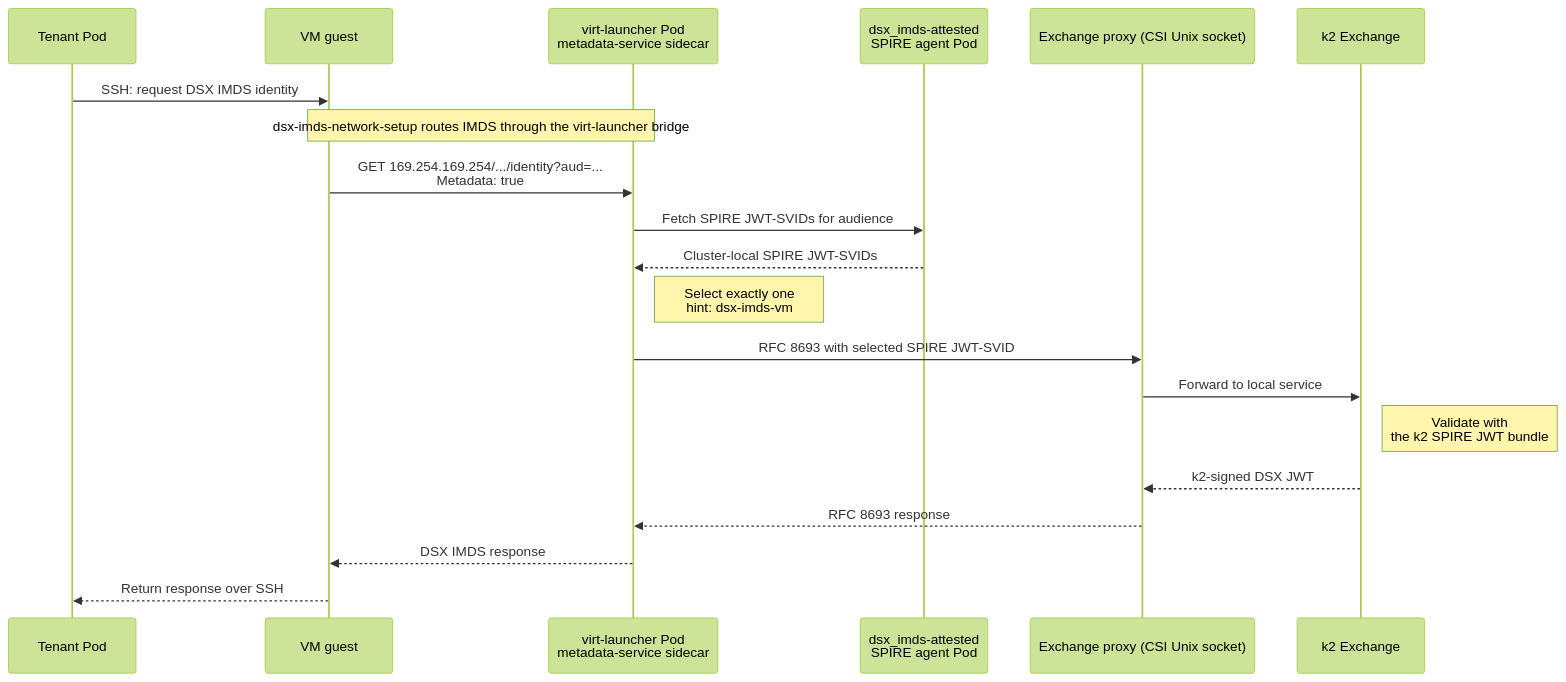
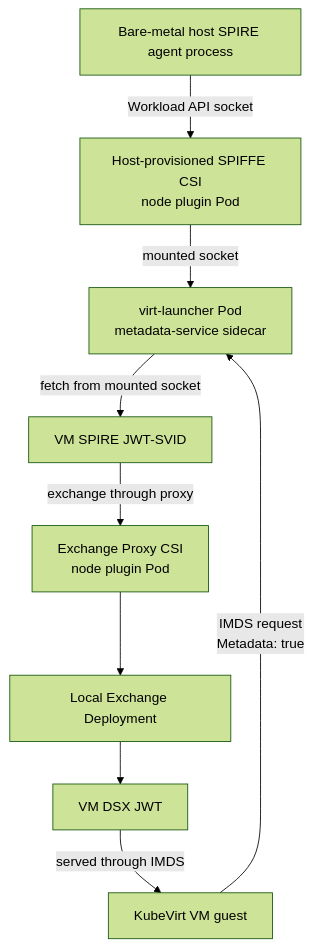
Before and after one commit to dsx-ai-factory/nvidia-workload-identity: the sixth of 9 diagrams in README.md, drawn with Mermaid (forest theme). The commit also changed other lines of this file and 34 other files, not shown here.

````diff
--- a/README.md
+++ b/README.md
@@ -245,23 +297,20 @@
 ```mermaid
-sequenceDiagram
-  participant Client as Tenant Pod
-  participant VM as VM guest
-  participant Metadata as virt-launcher Pod<br/>metadata-service sidecar
-  participant Agent as dsx_imds-attested<br/>SPIRE agent Pod
-  participant Proxy as Exchange proxy (CSI Unix socket)
-  participant Exchange as k2 Exchange
+flowchart TB
+  HostAgent["Bare-metal host SPIRE agent process"]
+  CSI["Host-provisioned SPIFFE CSI<br/>node plugin Pod"]
+  Metadata["virt-launcher Pod<br/>metadata-service sidecar"]
+  Proxy["Exchange Proxy CSI<br/>node plugin Pod"]
+  Exchange["Local Exchange Deployment"]
+  VMJWT["VM SPIRE JWT-SVID"]
+  DSXJWT["VM DSX JWT"]
+  VM["KubeVirt VM guest"]
 
-  Client->>VM: SSH: request DSX IMDS identity
-  Note over VM,Metadata: dsx-imds-network-setup routes IMDS through the virt-launcher bridge
-  VM->>Metadata: GET 169.254.169.254/.../identity?aud=...<br/>Metadata: true
-  Metadata->>Agent: Fetch SPIRE JWT-SVIDs for audience
-  Agent-->>Metadata: Cluster-local SPIRE JWT-SVIDs
-  Note right of Metadata: Select exactly one<br/>hint: dsx-imds-vm
-  Metadata->>Proxy: RFC 8693 with selected SPIRE JWT-SVID
-  Proxy->>Exchange: Forward to local service
-  Note right of Exchange: Validate with<br/>the k2 SPIRE JWT bundle
-  Exchange-->>Proxy: k2-signed DSX JWT
-  Proxy-->>Metadata: RFC 8693 response
-  Metadata-->>VM: DSX IMDS response
-  VM-->>Client: Return response over SSH
+  HostAgent -->|"Workload API socket"| CSI
+  CSI -->|"mounted socket"| Metadata
+  VM -->|"IMDS request<br/>Metadata: true"| Metadata
+  Metadata -->|"fetch from mounted socket"| VMJWT
+  VMJWT -->|"exchange through proxy"| Proxy
+  Proxy --> Exchange
+  Exchange --> DSXJWT
+  DSXJWT -->|"served through IMDS"| VM
 ```
````
